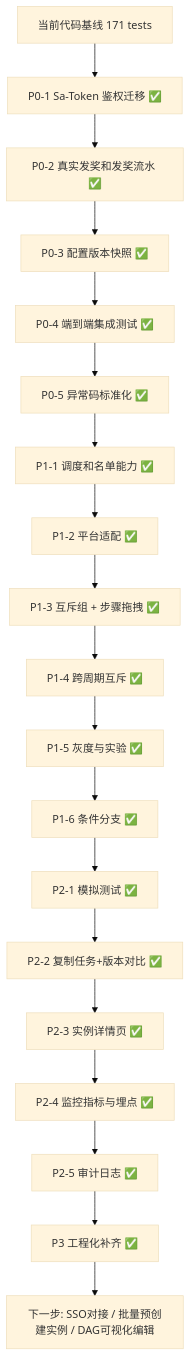
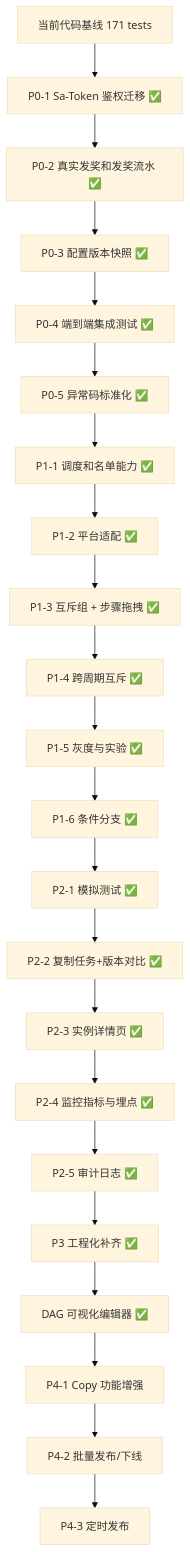
One commit to xuankuxiaohui/marketing-task-platform changed the diagram in docs/current-system-roadmap.md. Above: the diagram before and after it, drawn with Mermaid (base theme). The commit also changed other lines of this file and 13 other files, not shown here.

````diff
--- a/docs/current-system-roadmap.md
+++ b/docs/current-system-roadmap.md
@@ -260,21 +277,24 @@
 ```mermaid
 flowchart TD
     A[当前代码基线 171 tests] --> B[P0-1 Sa-Token 鉴权迁移 ✅]
     B --> C[P0-2 真实发奖和发奖流水 ✅]
     C --> D[P0-3 配置版本快照 ✅]
     D --> E[P0-4 端到端集成测试 ✅]
     E --> F[P0-5 异常码标准化 ✅]
     F --> G[P1-1 调度和名单能力 ✅]
     G --> H[P1-2 平台适配 ✅]
     H --> I[P1-3 互斥组 + 步骤拖拽 ✅]
     I --> J[P1-4 跨周期互斥 ✅]
     J --> K[P1-5 灰度与实验 ✅]
     K --> L[P1-6 条件分支 ✅]
     L --> M[P2-1 模拟测试 ✅]
     M --> N[P2-2 复制任务+版本对比 ✅]
     N --> O[P2-3 实例详情页 ✅]
     O --> P[P2-4 监控指标与埋点 ✅]
     P --> Q[P2-5 审计日志 ✅]
     Q --> R[P3 工程化补齐 ✅]
-    R --> S[下一步: SSO对接 / 批量预创建实例 / DAG可视化编辑]
+    R --> S[DAG 可视化编辑器 ✅]
+    S --> T[P4-1 Copy 功能增强]
+    T --> U[P4-2 批量发布/下线]
+    U --> V[P4-3 定时发布]
 ```
````
